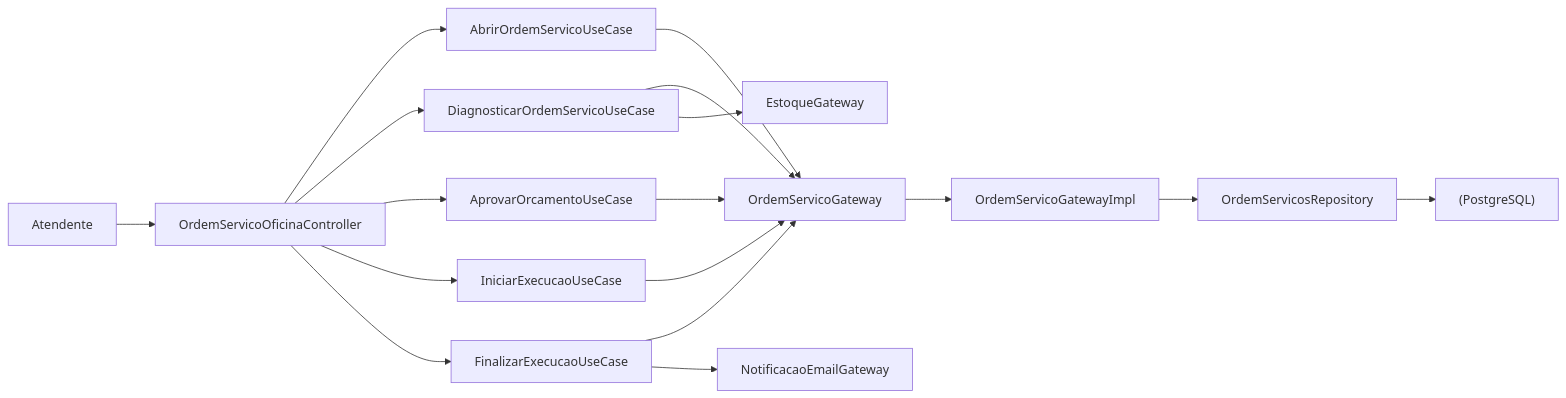
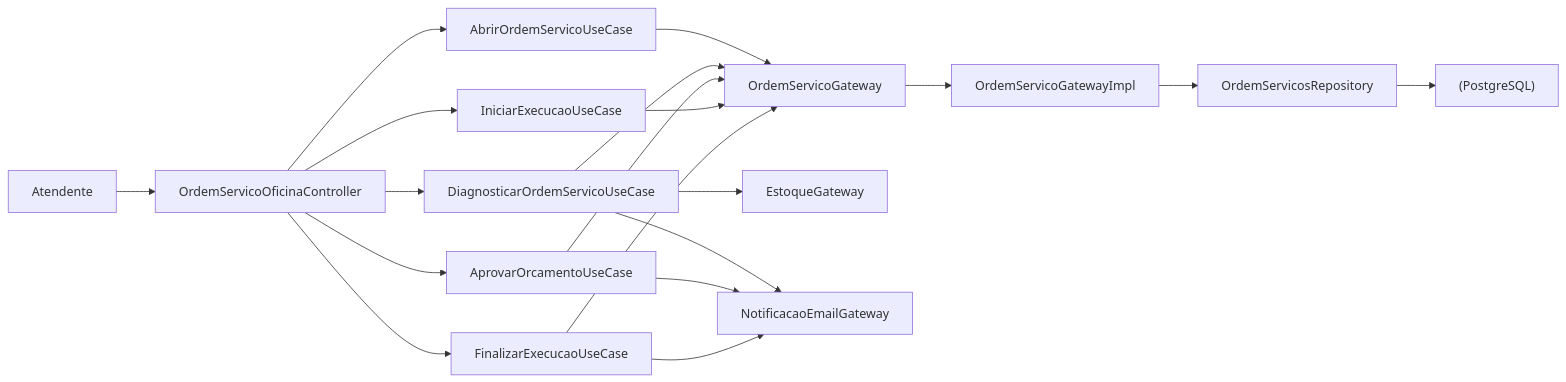
One commit to michaelhion/tech_challenge_pos_arquitetura_de_software changed the diagram in docs/c4/c4_fase_2/component-detail.md. Above: the diagram before and after it, drawn with Mermaid. The commit also changed 3 other files, not shown here.

````diff
--- a/docs/c4/c4_fase_2/component-detail.md
+++ b/docs/c4/c4_fase_2/component-detail.md
@@ -1,54 +1,56 @@
 ```mermaid
 flowchart LR
 
     Usuario[Atendente]
 
     Controller["OrdemServicoOficinaController"]
 
     UC1["AbrirOrdemServicoUseCase"]
 
     UC2["DiagnosticarOrdemServicoUseCase"]
 
     UC3["AprovarOrcamentoUseCase"]
 
     UC4["IniciarExecucaoUseCase"]
 
     UC5["FinalizarExecucaoUseCase"]
 
     Gateway["OrdemServicoGateway"]
 
     EstoqueGateway["EstoqueGateway"]
 
     Notificacao["NotificacaoEmailGateway"]
 
     Adapter["OrdemServicoGatewayImpl"]
 
     Repo["OrdemServicosRepository"]
 
     Banco["(PostgreSQL)"]
 
     Usuario --> Controller
 
     Controller --> UC1
     Controller --> UC2
     Controller --> UC3
     Controller --> UC4
     Controller --> UC5
 
     UC1 --> Gateway
     UC2 --> Gateway
     UC2 --> EstoqueGateway
 
     UC3 --> Gateway
 
     UC4 --> Gateway
 
     UC5 --> Gateway
+    UC2 --> Notificacao
+    UC3 --> Notificacao
     UC5 --> Notificacao
 
     Gateway --> Adapter
 
     Adapter --> Repo
 
     Repo --> Banco
 ```
````
